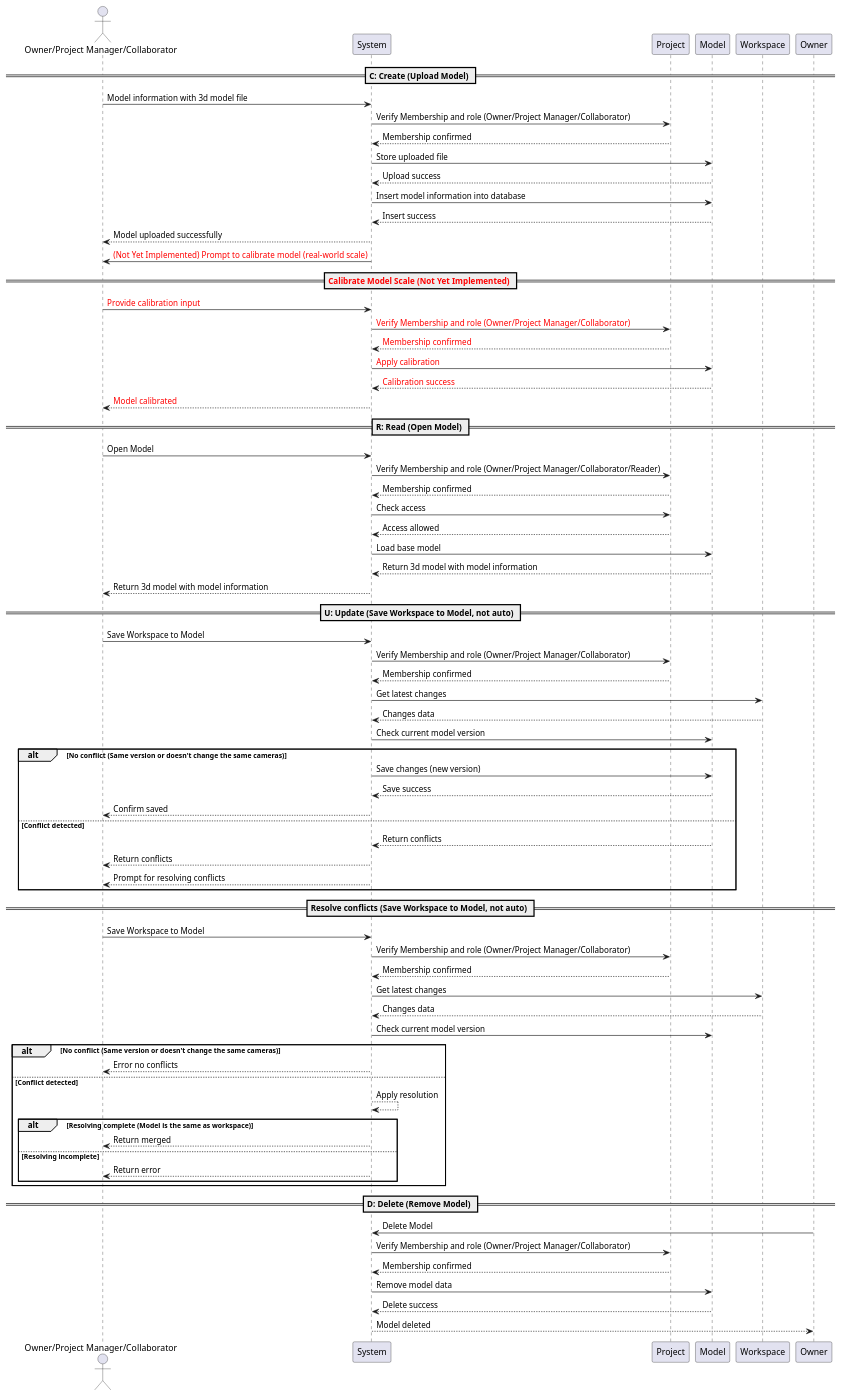
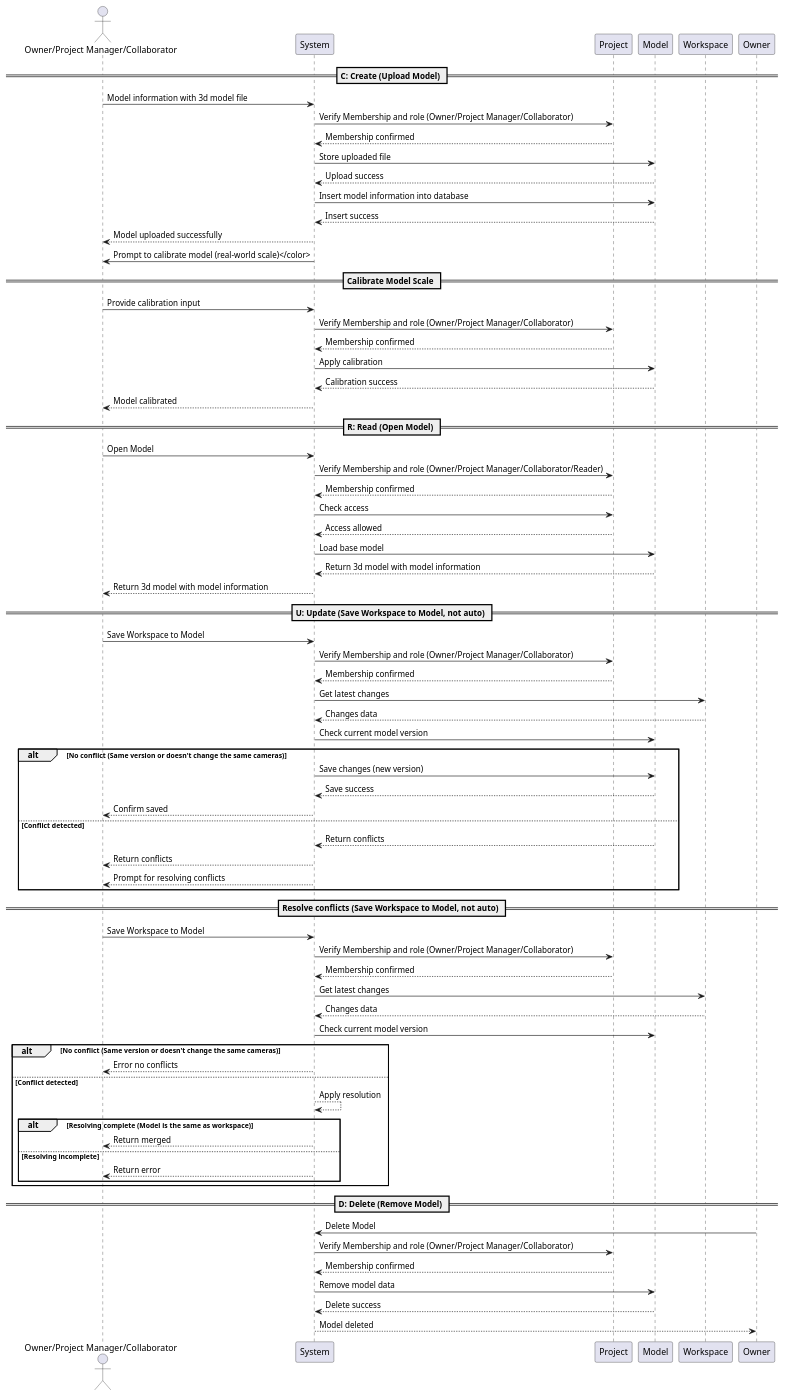
One commit to Ministry-of-Learning-of-Jura-Kites/OmniCam changed the diagram in docs/diagrams/sequences/model_sequence.puml. Above: the diagram before and after it, drawn with PlantUML. The commit also changed 6 other files, not shown here.

Commit message:
Update diagrams

```diff
--- a/docs/diagrams/sequences/model_sequence.puml
+++ b/docs/diagrams/sequences/model_sequence.puml
@@ -1,81 +1,81 @@
 @startuml OmniCam Model Sequence
 actor "Owner/Project Manager/Collaborator" as User
 participant System
 participant Project
 participant Model
 participant Workspace
 
 == C: Create (Upload Model) ==
 User -> System: Model information with 3d model file
 System -> Project: Verify Membership and role (Owner/Project Manager/Collaborator)
 Project --> System: Membership confirmed
 System -> Model: Store uploaded file
 Model --> System: Upload success
 System -> Model: Insert model information into database
 Model --> System: Insert success
 System --> User: Model uploaded successfully
 
-System -> User: <color:red>(Not Yet Implemented) Prompt to calibrate model (real-world scale)</color>
+System -> User: Prompt to calibrate model (real-world scale)</color>
 
-== <color:red>Calibrate Model Scale (Not Yet Implemented)</color> ==
-User -> System: <color:red>Provide calibration input</color>
-System -> Project: <color:red>Verify Membership and role (Owner/Project Manager/Collaborator)</color>
-Project --> System: <color:red>Membership confirmed</color>
-System -> Model: <color:red>Apply calibration</color>
-Model --> System: <color:red>Calibration success</color>
-System --> User: <color:red>Model calibrated</color>
+== Calibrate Model Scale ==
+User -> System: Provide calibration input
+System -> Project: Verify Membership and role (Owner/Project Manager/Collaborator)
+Project --> System: Membership confirmed
+System -> Model: Apply calibration
+Model --> System: Calibration success
+System --> User: Model calibrated
 
 == R: Read (Open Model) ==
 User -> System: Open Model
 System -> Project: Verify Membership and role (Owner/Project Manager/Collaborator/Reader)
 Project --> System: Membership confirmed
 System -> Project: Check access
 Project --> System: Access allowed
 System -> Model: Load base model
 Model --> System: Return 3d model with model information
 System --> User: Return 3d model with model information
 
 == U: Update (Save Workspace to Model, not auto) ==
 User -> System: Save Workspace to Model
 System -> Project: Verify Membership and role (Owner/Project Manager/Collaborator)
 Project --> System: Membership confirmed
 System -> Workspace: Get latest changes
 Workspace --> System: Changes data
 System -> Model: Check current model version
 alt No conflict (Same version or doesn't change the same cameras)
     System -> Model: Save changes (new version)
     Model --> System: Save success
     System --> User: Confirm saved
 else Conflict detected
     Model --> System: Return conflicts
     System --> User: Return conflicts
     System --> User: Prompt for resolving conflicts
 end
 
 == Resolve conflicts (Save Workspace to Model, not auto) ==
 User -> System: Save Workspace to Model
 System -> Project: Verify Membership and role (Owner/Project Manager/Collaborator)
 Project --> System: Membership confirmed
 System -> Workspace: Get latest changes
 Workspace --> System: Changes data
 System -> Model: Check current model version
 alt No conflict (Same version or doesn't change the same cameras)
     System --> User: Error no conflicts
 else Conflict detected
     System --> System: Apply resolution
     alt Resolving complete (Model is the same as workspace)
         System --> User: Return merged
     else Resolving incomplete
         System --> User: Return error
     end
 end
 
 == D: Delete (Remove Model) ==
 Owner -> System: Delete Model
 System -> Project: Verify Membership and role (Owner/Project Manager/Collaborator)
 Project --> System: Membership confirmed
 System -> Model: Remove model data
 Model --> System: Delete success
 System --> Owner: Model deleted
 
 @enduml
```
